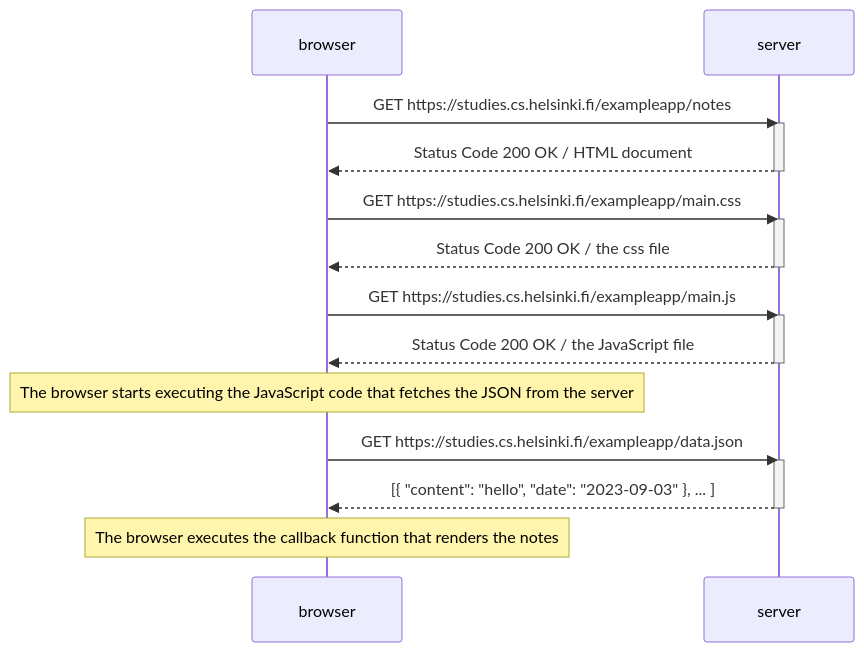
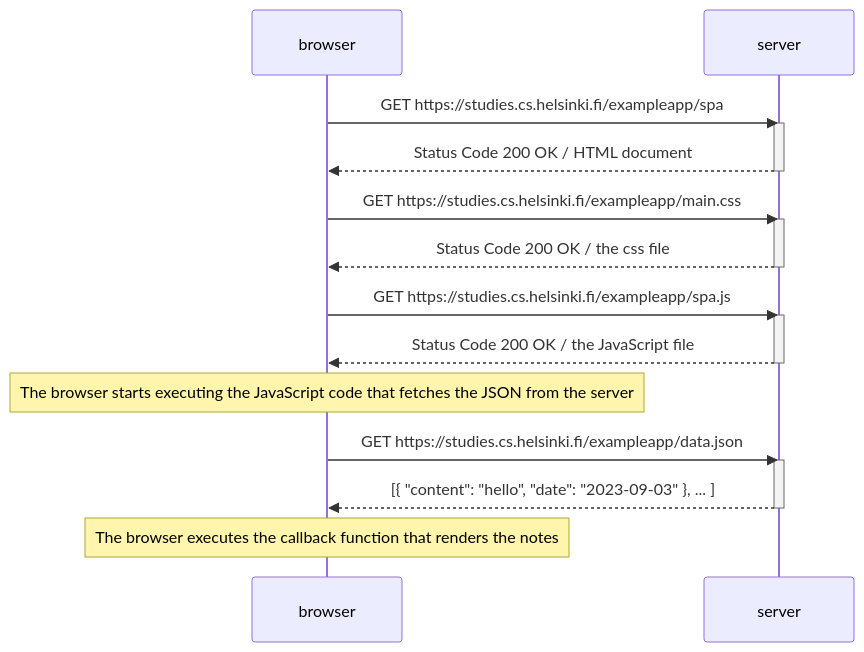
Before and after one commit to Muhammad-Uzair99/Full_Stack_Open_2023: the diagram in part0/0.5_Single_page_app_diagram.md, drawn with Mermaid.

Commit message:
Updated solution

````diff
--- a/part0/0.5_Single_page_app_diagram.md
+++ b/part0/0.5_Single_page_app_diagram.md
@@ -3,28 +3,28 @@
 ```mermaid
 sequenceDiagram
 
-    browser->>server: GET https://studies.cs.helsinki.fi/exampleapp/notes
+    browser->>server: GET https://studies.cs.helsinki.fi/exampleapp/spa
     activate server
     server-->>browser: Status Code 200 OK / HTML document
     deactivate server
 
     browser->>server: GET https://studies.cs.helsinki.fi/exampleapp/main.css
     activate server
     server-->>browser: Status Code 200 OK / the css file
     deactivate server
 
-    browser->>server: GET https://studies.cs.helsinki.fi/exampleapp/main.js
+    browser->>server: GET https://studies.cs.helsinki.fi/exampleapp/spa.js
     activate server
     server-->>browser: Status Code 200 OK / the JavaScript file
     deactivate server
 
     Note over browser: The browser starts executing the JavaScript code that fetches the JSON from the server
 
     browser->>server: GET https://studies.cs.helsinki.fi/exampleapp/data.json
     activate server
     server-->>browser: [{ "content": "hello", "date": "2023-09-03" }, ... ]
     deactivate server
 
     Note over browser: The browser executes the callback function that renders the notes
 
 ```
````
